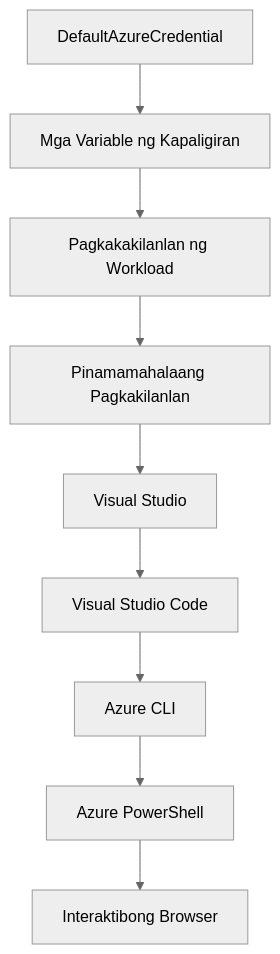
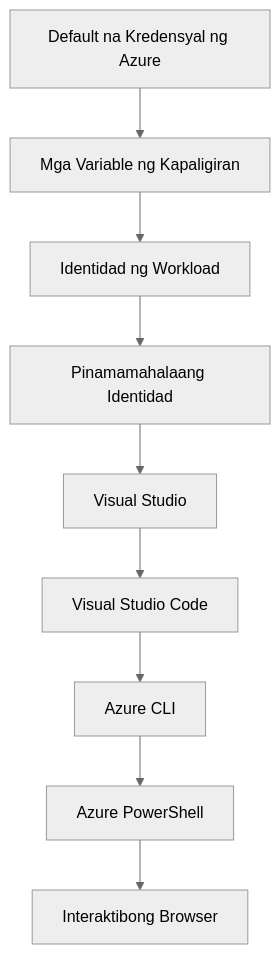
Before and after one commit to microsoft/AZD-for-beginners: the second of 2 diagrams in translations/tl/docs/chapter-01-foundation/azd-basics.md, drawn with Mermaid (neutral theme). The commit also changed other lines of this file and 104 other files, not shown here.

````diff
--- a/translations/tl/docs/chapter-01-foundation/azd-basics.md
+++ b/translations/tl/docs/chapter-01-foundation/azd-basics.md
@@ -591,11 +606,11 @@
 ```mermaid
 graph TD
-    A[DefaultAzureCredential] --> B[Mga Variable ng Kapaligiran]
-    B --> C[Pagkakakilanlan ng Workload]
-    C --> D[Pinamamahalaang Pagkakilanlan]
+    A[Default na Kredensyal ng Azure] --> B[Mga Variable ng Kapaligiran]
+    B --> C[Identidad ng Workload]
+    C --> D[Pinamamahalaang Identidad]
     D --> E[Visual Studio]
     E --> F[Visual Studio Code]
     F --> G[Azure CLI]
     G --> H[Azure PowerShell]
     H --> I[Interaktibong Browser]
 ```
````
